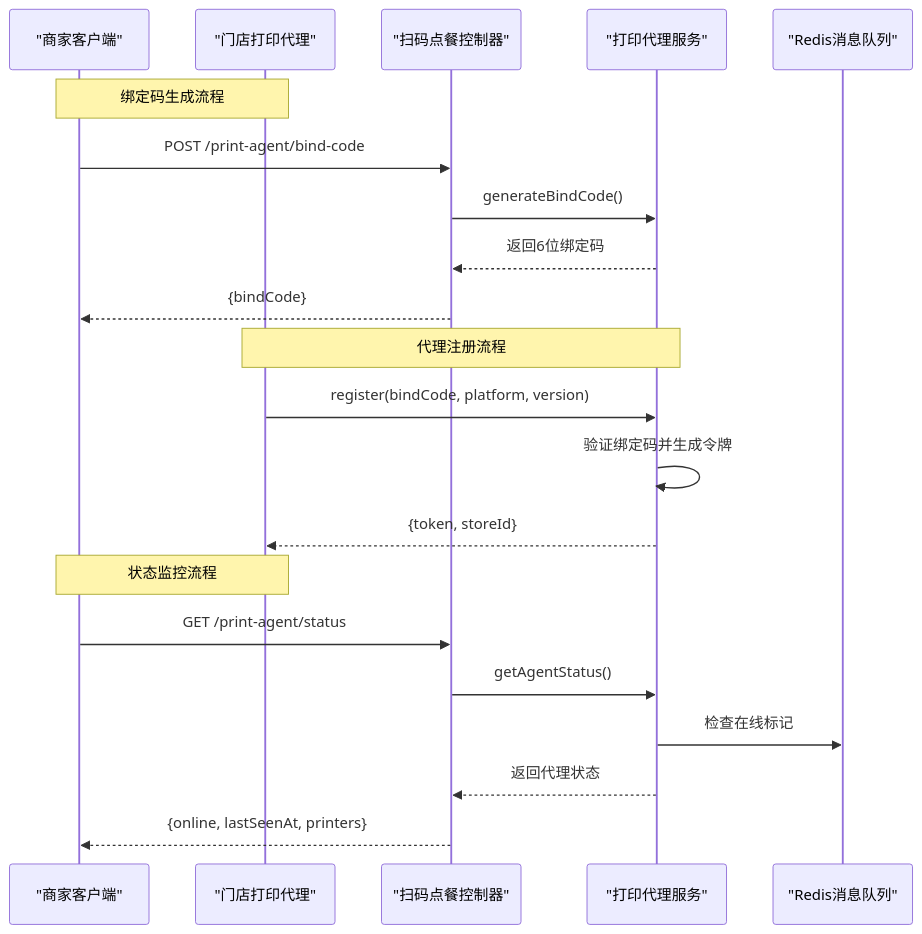
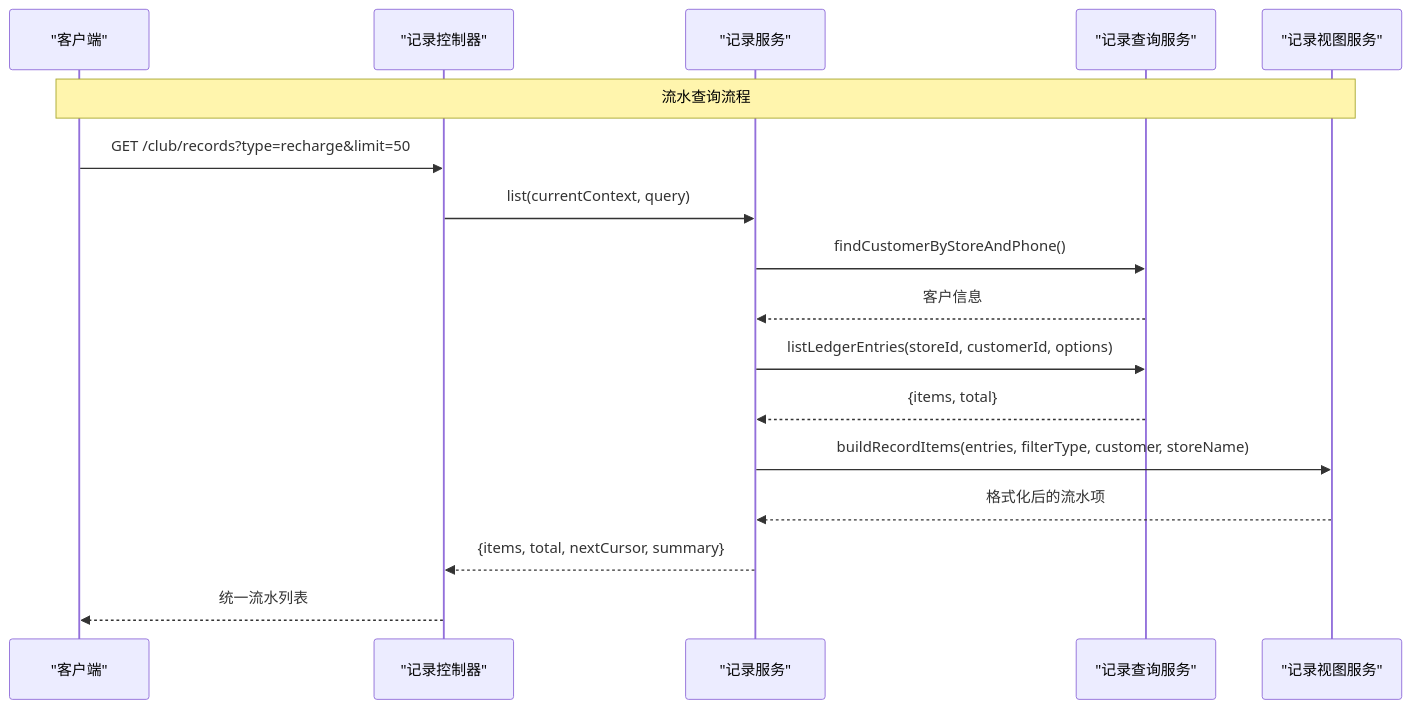
One commit to rc558620/purelyprofit-server changed the fifth of 15 diagrams in .qoder/repowiki/zh/content/API 接口文档/API 接口文档.md. Above: the diagram before and after it, drawn with Mermaid. The commit also changed other lines of this file and 4 other files, not shown here.

````diff
--- a/.qoder/repowiki/zh/content/API 接口文档/API 接口文档.md
+++ b/.qoder/repowiki/zh/content/API 接口文档/API 接口文档.md
@@ -438,23 +496,19 @@
 ```mermaid
 sequenceDiagram
-participant Client as "商家客户端"
-participant Agent as "门店打印代理"
-participant Ctrl as "扫码点餐控制器"
-participant Service as "打印代理服务"
-participant Redis as "Redis消息队列"
-Note over Client,Agent : 绑定码生成流程
-Client->>Ctrl : POST /print-agent/bind-code
-Ctrl->>Service : generateBindCode()
-Service-->>Ctrl : 返回6位绑定码
-Ctrl-->>Client : {bindCode}
-Note over Agent,Service : 代理注册流程
-Agent->>Service : register(bindCode, platform, version)
-Service->>Service : 验证绑定码并生成令牌
-Service-->>Agent : {token, storeId}
-Note over Client,Agent : 状态监控流程
-Client->>Ctrl : GET /print-agent/status
-Ctrl->>Service : getAgentStatus()
-Service->>Redis : 检查在线标记
-Service-->>Ctrl : 返回代理状态
-Ctrl-->>Client : {online, lastSeenAt, printers}
+participant Client as "客户端"
+participant Ctrl as "记录控制器"
+participant Service as "记录服务"
+participant QueryService as "记录查询服务"
+participant ViewService as "记录视图服务"
+Note over Client,ViewService : 流水查询流程
+Client->>Ctrl : GET /club/records?type=recharge&limit=50
+Ctrl->>Service : list(currentContext, query)
+Service->>QueryService : findCustomerByStoreAndPhone()
+QueryService-->>Service : 客户信息
+Service->>QueryService : listLedgerEntries(storeId, customerId, options)
+QueryService-->>Service : {items, total}
+Service->>ViewService : buildRecordItems(entries, filterType, customer, storeName)
+ViewService-->>Service : 格式化后的流水项
+Service-->>Ctrl : {items, total, nextCursor, summary}
+Ctrl-->>Client : 统一流水列表
 ```
````
